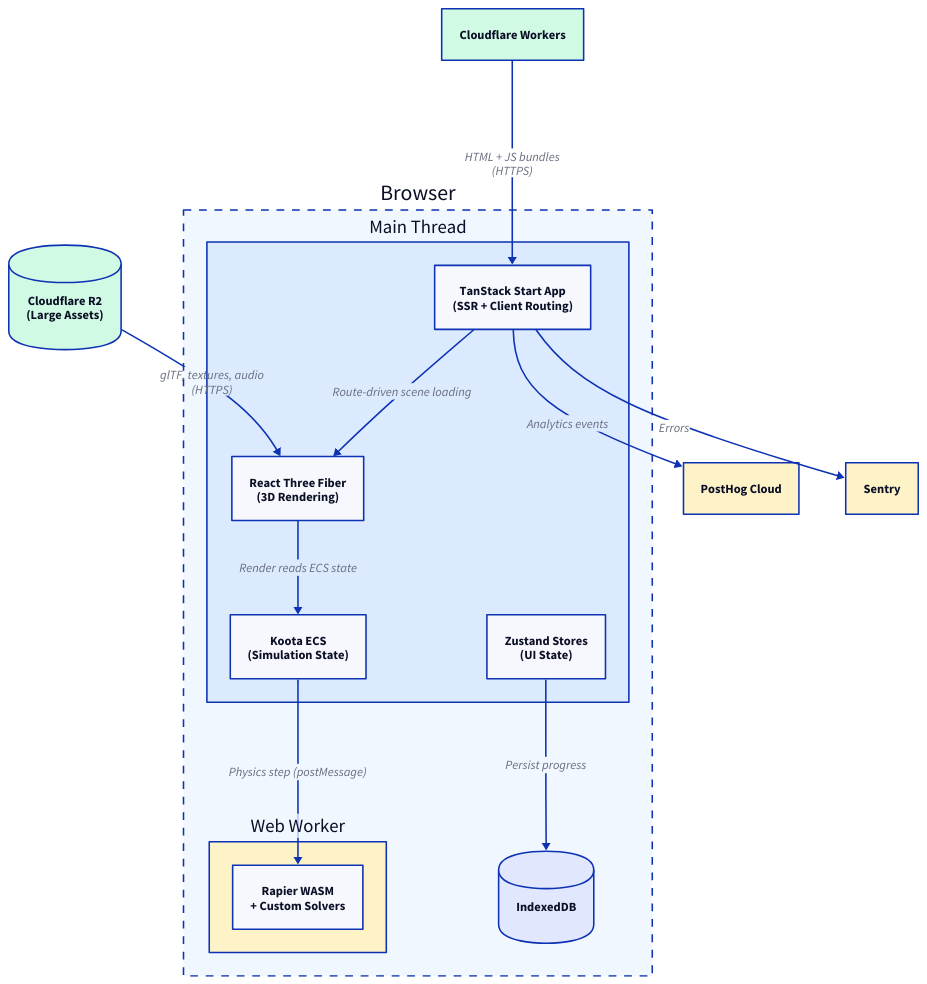
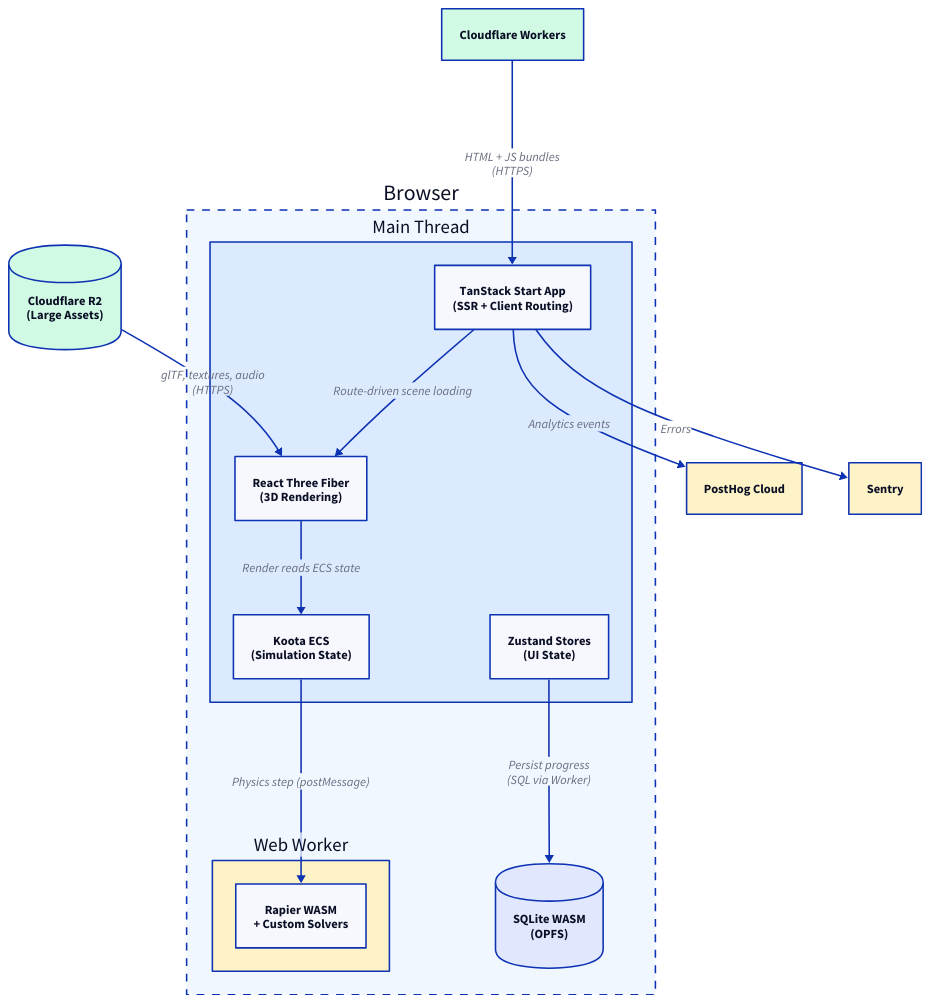
The second of 2 diagrams in docs/design-doc.md (zzoohub/phys-play), drawn with D2 before and after one commit. The commit also changed other lines of this file, not shown here.

````diff
--- a/docs/design-doc.md
+++ b/docs/design-doc.md
@@ -130,80 +130,80 @@
 ```d2
 direction: down
 
 browser: {
   label: "Browser"
   style.stroke-dash: 5
   style.fill: "#f0f7ff"
 
   main: {
     label: "Main Thread"
     style.fill: "#dbeafe"
 
     app: {
       label: "TanStack Start App\n(SSR + Client Routing)"
       shape: rectangle
     }
     r3f: {
       label: "React Three Fiber\n(3D Rendering)"
       shape: rectangle
     }
     ecs: {
       label: "Koota ECS\n(Simulation State)"
       shape: rectangle
     }
     zustand: {
       label: "Zustand Stores\n(UI State)"
       shape: rectangle
     }
   }
 
   worker: {
     label: "Web Worker"
     style.fill: "#fef3c7"
 
     physics: {
       label: "Rapier WASM\n+ Custom Solvers"
       shape: rectangle
     }
   }
 
-  idb: {
-    label: "IndexedDB"
+  sqlite: {
+    label: "SQLite WASM\n(OPFS)"
     shape: cylinder
     style.fill: "#e0e7ff"
   }
 }
 
 cf: {
   label: "Cloudflare Workers"
   shape: rectangle
   style.fill: "#d1fae5"
 }
 
 r2: {
   label: "Cloudflare R2\n(Large Assets)"
   shape: cylinder
   style.fill: "#d1fae5"
 }
 
 posthog: {
   label: "PostHog Cloud"
   shape: rectangle
   style.fill: "#fef3c7"
 }
 
 sentry: {
   label: "Sentry"
   shape: rectangle
   style.fill: "#fef3c7"
 }
 
 cf -> browser.main.app: "HTML + JS bundles\n(HTTPS)"
 r2 -> browser.main.r3f: "glTF, textures, audio\n(HTTPS)"
 browser.main.app -> browser.main.r3f: "Route-driven scene loading"
 browser.main.r3f -> browser.main.ecs: "Render reads ECS state"
 browser.main.ecs -> browser.worker.physics: "Physics step (postMessage)"
-browser.main.zustand -> browser.idb: "Persist progress"
+browser.main.zustand -> browser.sqlite: "Persist progress\n(SQL via Worker)"
 browser.main.app -> posthog: "Analytics events"
 browser.main.app -> sentry: "Errors"
 ```
````
